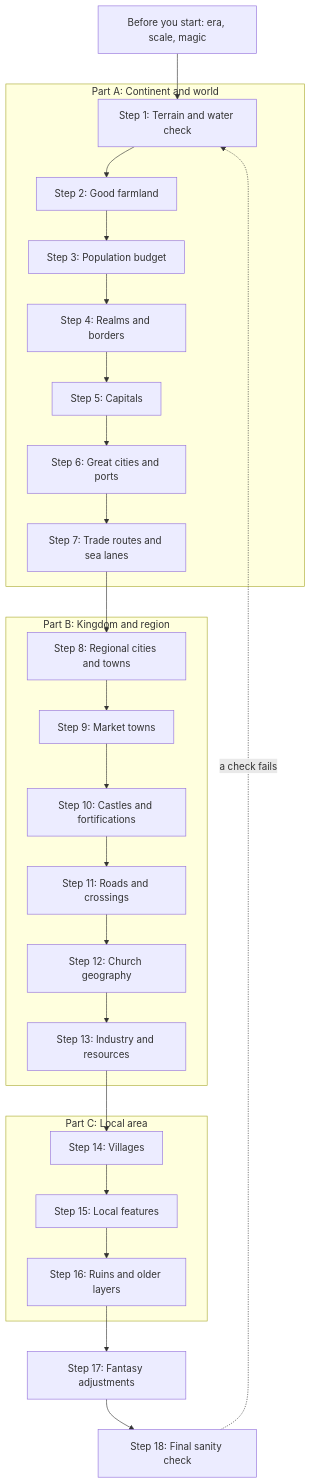
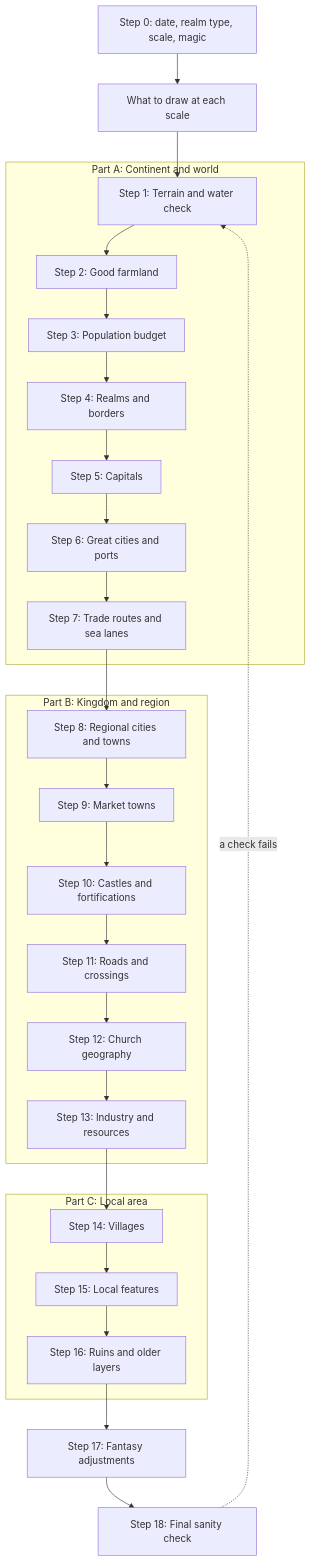
Before and after one commit to guybirinbom-hub/map-making-guide: the diagram in guide/00-step-by-step.md, drawn with Mermaid. The commit also changed other lines of this file and 1 other file, not shown here.

````diff
--- a/guide/00-step-by-step.md
+++ b/guide/00-step-by-step.md
@@ -124,28 +124,29 @@
 ```mermaid
 flowchart TD
-    S0["Before you start: era, scale, magic"] --> A1
+    S0["Step 0: date, realm type, scale, magic"] --> SF["What to draw at each scale"]
+    SF --> A1
     subgraph PA["Part A: Continent and world"]
         A1["Step 1: Terrain and water check"] --> A2["Step 2: Good farmland"]
         A2 --> A3["Step 3: Population budget"]
         A3 --> A4["Step 4: Realms and borders"]
         A4 --> A5["Step 5: Capitals"]
         A5 --> A6["Step 6: Great cities and ports"]
         A6 --> A7["Step 7: Trade routes and sea lanes"]
     end
     subgraph PB["Part B: Kingdom and region"]
         B8["Step 8: Regional cities and towns"] --> B9["Step 9: Market towns"]
         B9 --> B10["Step 10: Castles and fortifications"]
         B10 --> B11["Step 11: Roads and crossings"]
         B11 --> B12["Step 12: Church geography"]
         B12 --> B13["Step 13: Industry and resources"]
     end
     subgraph PC["Part C: Local area"]
         C14["Step 14: Villages"] --> C15["Step 15: Local features"]
         C15 --> C16["Step 16: Ruins and older layers"]
     end
     A7 --> B8
     B13 --> C14
     C16 --> F17["Step 17: Fantasy adjustments"]
     F17 --> F18["Step 18: Final sanity check"]
     F18 -. "a check fails" .-> A1
 ```
````
